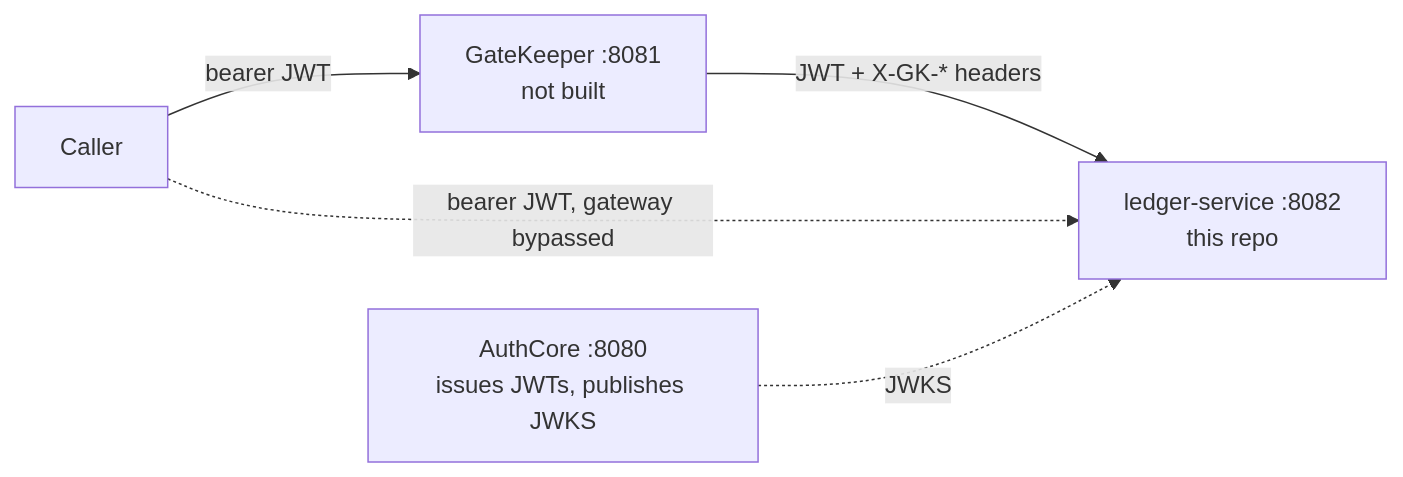
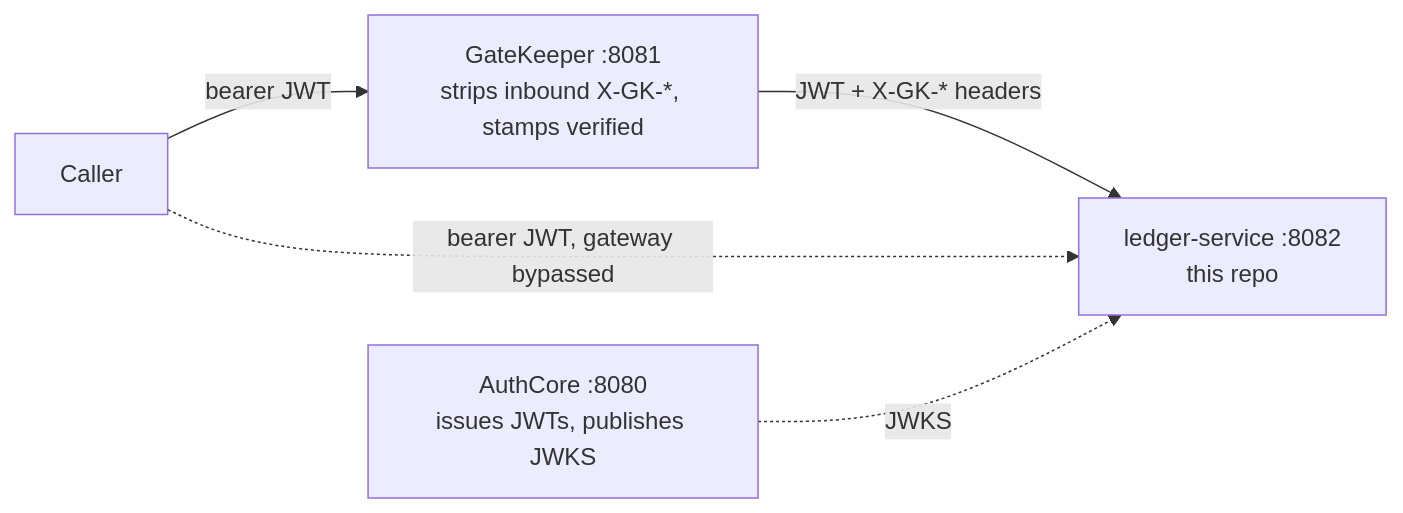
The diagram in README.md (ezat141/ledger-service), drawn with Mermaid before and after one commit. The commit also changed other lines of this file, not shown here.

Commit message:
docs: GateKeeper is built now; the trust boundary argument is unchanged

````diff
--- a/README.md
+++ b/README.md
@@ -34,12 +34,12 @@
 ```mermaid
 graph LR
     Caller["Caller"]
     AuthCore["AuthCore :8080<br/>issues JWTs, publishes JWKS"]
-    GateKeeper["GateKeeper :8081<br/>not built"]
+    GateKeeper["GateKeeper :8081<br/>strips inbound X-GK-*, stamps verified"]
     Ledger["ledger-service :8082<br/>this repo"]
 
     Caller -->|bearer JWT| GateKeeper
     GateKeeper -->|JWT + X-GK-* headers| Ledger
     Caller -.->|bearer JWT, gateway bypassed| Ledger
     AuthCore -. JWKS .-> Ledger
 ```
````
